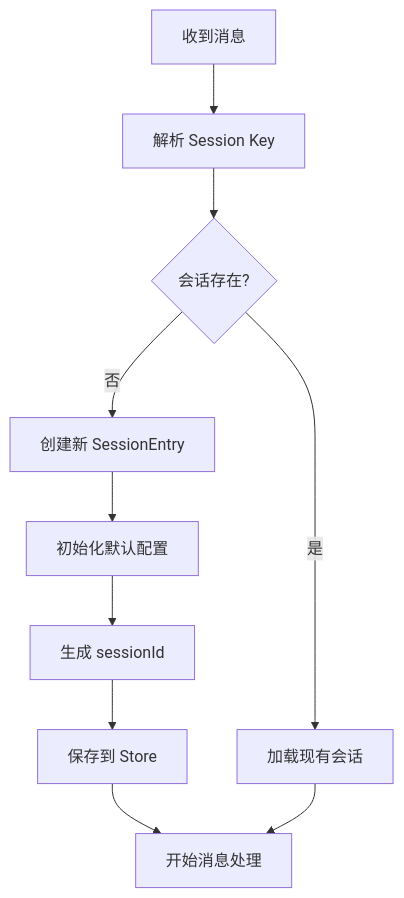
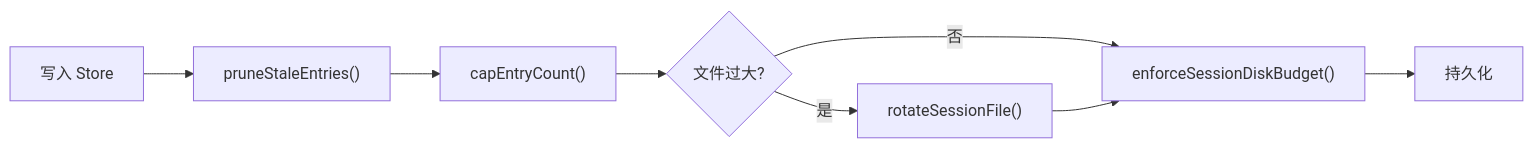
One commit to caicongyang/bloger changed the sixth of 12 diagrams in openclaw/OPENCLAW-SESSIONS.md. Above: the diagram before and after it, drawn with Mermaid. The commit also changed other lines of this file and 13 other files, not shown here.

````diff
--- a/openclaw/OPENCLAW-SESSIONS.md
+++ b/openclaw/OPENCLAW-SESSIONS.md
@@ -553,14 +450,10 @@
 ```mermaid
-flowchart TD
-    A[收到消息] --> B[解析 Session Key]
-    B --> C{会话存在?}
-    C -->|否| D[创建新 SessionEntry]
-    C -->|是| E[加载现有会话]
-    
-    D --> F[初始化默认配置]
-    F --> G[生成 sessionId]
-    G --> H[保存到 Store]
-    H --> I[开始消息处理]
-    
-    E --> I
+flowchart LR
+    A["写入 Store"] --> B["pruneStaleEntries()"]
+    B --> C["capEntryCount()"]
+    C --> D{"文件过大?"}
+    D -->|是| E["rotateSessionFile()"]
+    D -->|否| F["enforceSessionDiskBudget()"]
+    E --> F
+    F --> G["持久化"]
 ```
````
